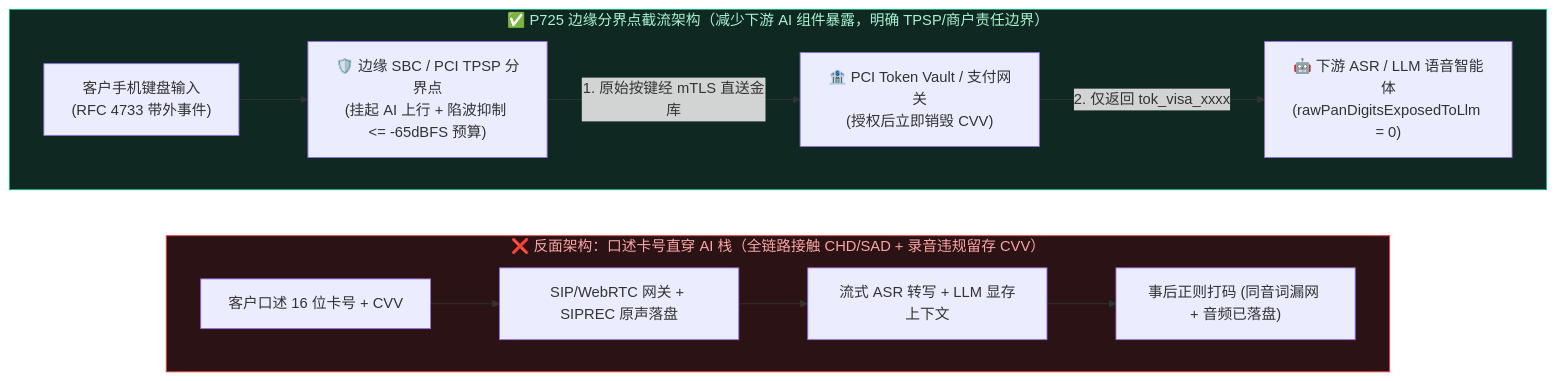
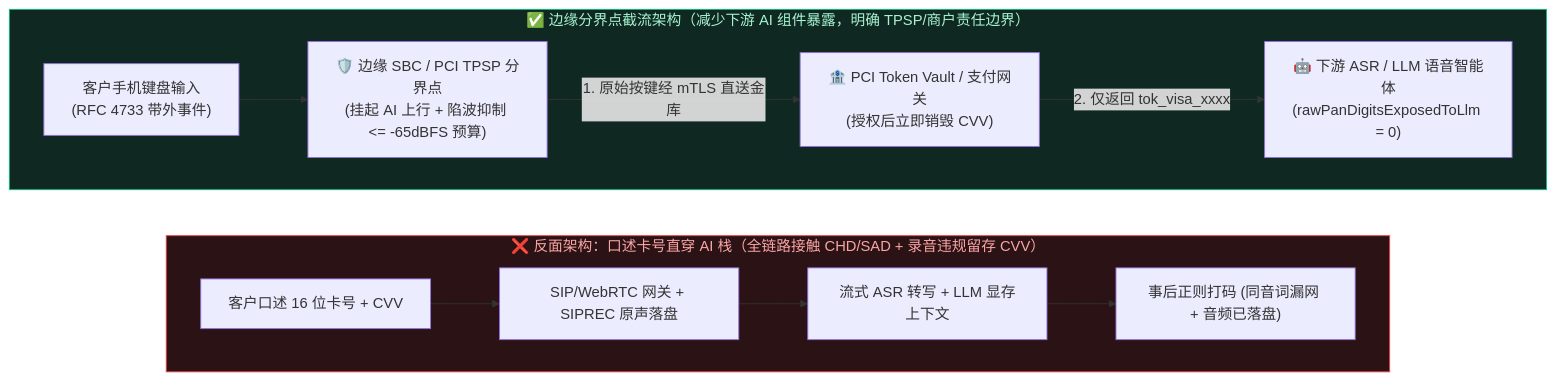
The second of 3 diagrams in docs/voice-pci-dtmf-scope-faq.md (turbo998/voice-agent-lab), drawn with Mermaid before and after one commit. The commit also changed other lines of this file and 715 other files, not shown here.

````diff
--- a/docs/voice-pci-dtmf-scope-faq.md
+++ b/docs/voice-pci-dtmf-scope-faq.md
@@ -86,19 +86,19 @@
 ```mermaid
 flowchart LR
-    subgraph ExposedPath["❌ 反面架构：口述卡号直穿 AI 栈（全链路接触 CHD/SAD + 录音违规留存 CVV）"]
-        direction LR
-        E1["客户口述 16 位卡号 + CVV"] --> E2["SIP/WebRTC 网关 + SIPREC 原声落盘"]
-        E2 --> E3["流式 ASR 转写 + LLM 显存上下文"]
-        E3 --> E4["事后正则打码 (同音词漏网 + 音频已落盘)"]
-    end
+ subgraph ExposedPath["❌ 反面架构：口述卡号直穿 AI 栈（全链路接触 CHD/SAD + 录音违规留存 CVV）"]
+ direction LR
+ E1["客户口述 16 位卡号 + CVV"] --> E2["SIP/WebRTC 网关 + SIPREC 原声落盘"]
+ E2 --> E3["流式 ASR 转写 + LLM 显存上下文"]
+ E3 --> E4["事后正则打码 (同音词漏网 + 音频已落盘)"]
+ end
 
-    subgraph ScopedPath["✅ P725 边缘分界点截流架构（减少下游 AI 组件暴露，明确 TPSP/商户责任边界）"]
-        direction LR
-        S1["客户手机键盘输入<br/>(RFC 4733 带外事件)"] --> S2["🛡️ 边缘 SBC / PCI TPSP 分界点<br/>(挂起 AI 上行 + 陷波抑制 <= -65dBFS 预算)"]
-        S2 -- "1. 原始按键经 mTLS 直送金库" --> S3["🏦 PCI Token Vault / 支付网关<br/>(授权后立即销毁 CVV)"]
-        S3 -- "2. 仅返回 tok_visa_xxxx" --> S4["🤖 下游 ASR / LLM 语音智能体<br/>(rawPanDigitsExposedToLlm = 0)"]
-    end
+ subgraph ScopedPath["✅ 边缘分界点截流架构（减少下游 AI 组件暴露，明确 TPSP/商户责任边界）"]
+ direction LR
+ S1["客户手机键盘输入<br/>(RFC 4733 带外事件)"] --> S2["🛡️ 边缘 SBC / PCI TPSP 分界点<br/>(挂起 AI 上行 + 陷波抑制 <= -65dBFS 预算)"]
+ S2 -- "1. 原始按键经 mTLS 直送金库" --> S3["🏦 PCI Token Vault / 支付网关<br/>(授权后立即销毁 CVV)"]
+ S3 -- "2. 仅返回 tok_visa_xxxx" --> S4["🤖 下游 ASR / LLM 语音智能体<br/>(rawPanDigitsExposedToLlm = 0)"]
+ end
 
-    style ExposedPath fill:#2a1215,stroke:#ef4444,color:#fca5a5
-    style ScopedPath fill:#0f2922,stroke:#10b981,color:#a7f3d0
+ style ExposedPath fill:#2a1215,stroke:#ef4444,color:#fca5a5
+ style ScopedPath fill:#0f2922,stroke:#10b981,color:#a7f3d0
 ```
````
